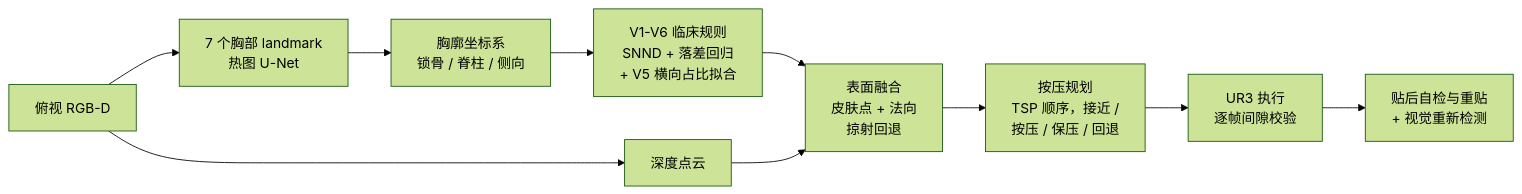
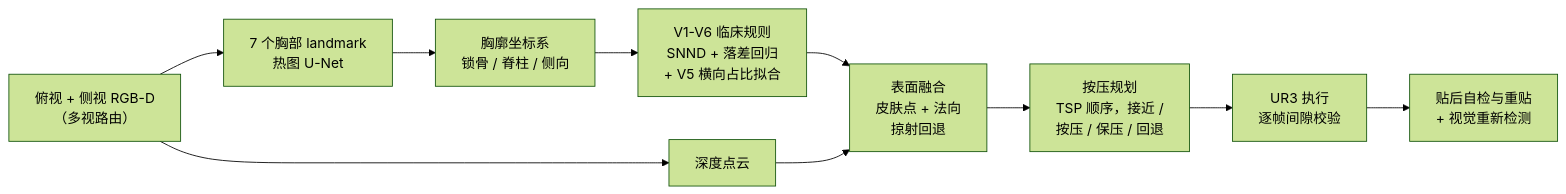
Before and after one commit to Jxy-yxJ/RoboECG: the diagram in README.zh-CN.md, drawn with Mermaid (forest theme). The commit also changed other lines of this file and 78 other files, not shown here.

````diff
--- a/README.zh-CN.md
+++ b/README.zh-CN.md
@@ -51,12 +52,12 @@
 ```mermaid
 flowchart LR
-    A[俯视 RGB-D] --> B[7 个胸部 landmark<br/>热图 U-Net]
+    A["俯视 + 侧视 RGB-D<br/>（多视路由）"] --> B[7 个胸部 landmark<br/>热图 U-Net]
     B --> C[胸廓坐标系<br/>锁骨 / 脊柱 / 侧向]
     C --> D[V1-V6 临床规则<br/>SNND + 落差回归<br/>+ V5 横向占比拟合]
     A --> E[深度点云]
     D --> F[表面融合<br/>皮肤点 + 法向<br/>掠射回退]
     E --> F
     F --> G[按压规划<br/>TSP 顺序，接近 /<br/>按压 / 保压 / 回退]
     G --> H[UR3 执行<br/>逐帧间隙校验]
     H --> I[贴后自检与重贴<br/>+ 视觉重新检测]
 ```
````
